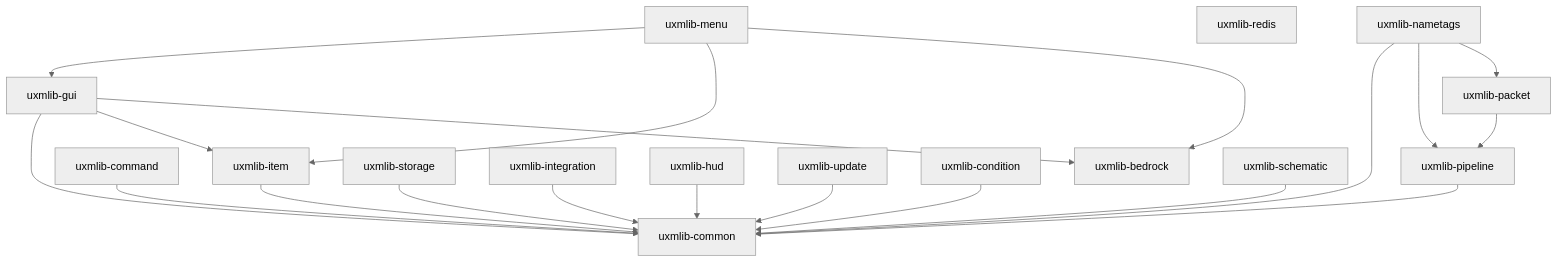
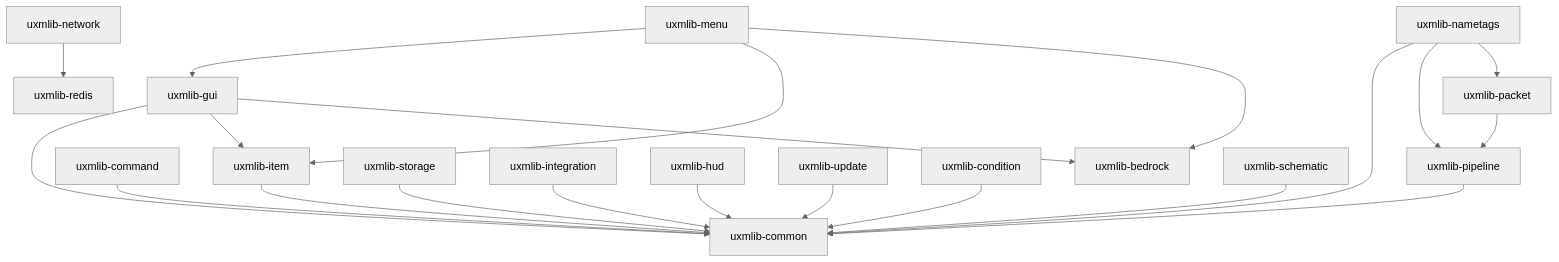
One commit to UXPLIMA/uxm-lib changed the diagram in docs/internals/overview.md. Above: the diagram before and after it, drawn with Mermaid (neutral theme). The commit also changed 21 other files, not shown here.

````diff
--- a/docs/internals/overview.md
+++ b/docs/internals/overview.md
@@ -11,25 +11,26 @@
 ```mermaid
 graph TD
     common[uxmlib-common]
     item[uxmlib-item] --> common
     command[uxmlib-command] --> common
     bedrock[uxmlib-bedrock]
     gui[uxmlib-gui] --> common
     gui --> item
     gui --> bedrock
     menu[uxmlib-menu] --> gui
     menu --> item
     menu --> bedrock
     storage[uxmlib-storage] --> common
     integration[uxmlib-integration] --> common
     hud[uxmlib-hud] --> common
     update[uxmlib-update] --> common
     condition[uxmlib-condition] --> common
     redis[uxmlib-redis]
+    network[uxmlib-network] --> redis
     pipeline[uxmlib-pipeline] --> common
     packet[uxmlib-packet] --> pipeline
     nametags[uxmlib-nametags] --> common
     nametags --> pipeline
     nametags --> packet
     schematic[uxmlib-schematic] --> common
 ```
````
